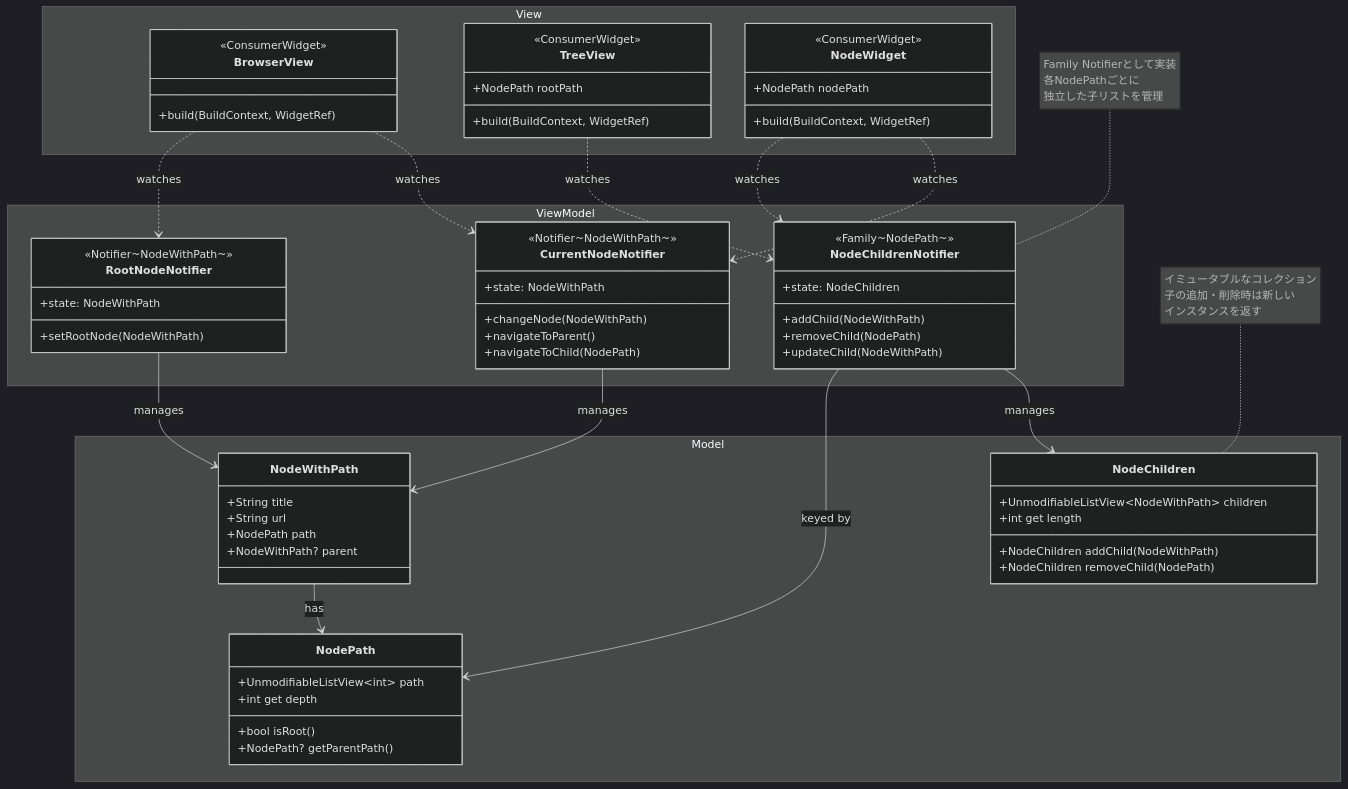
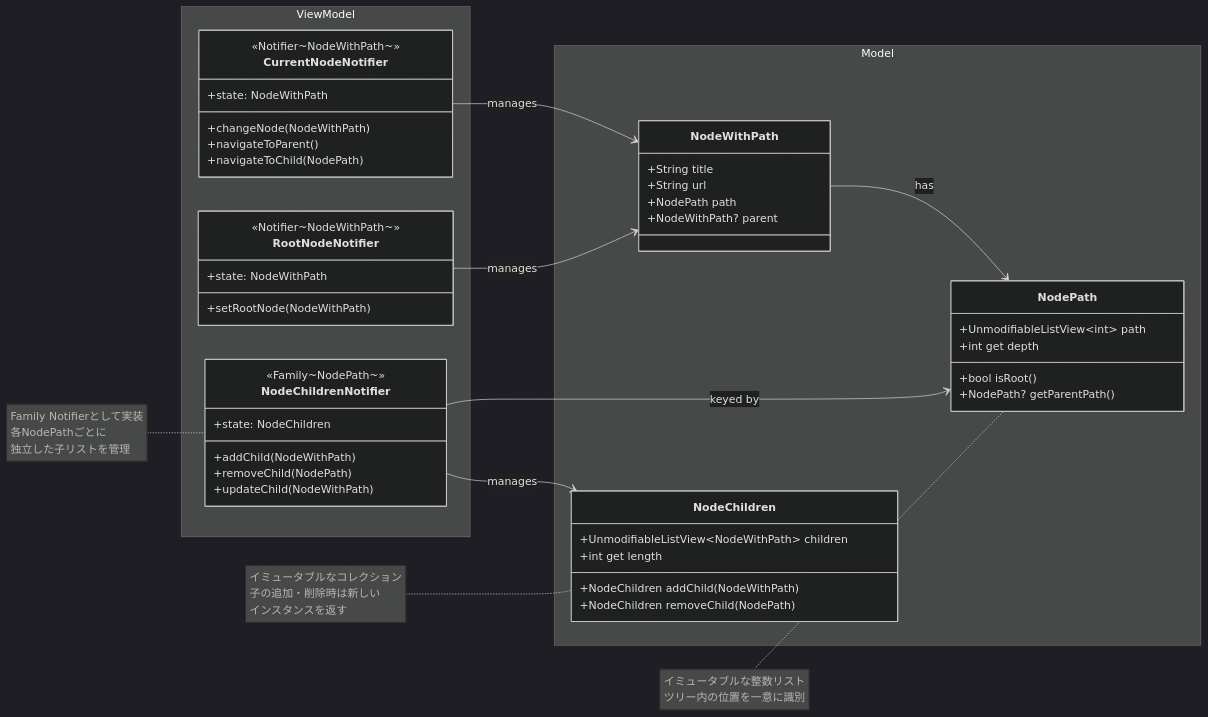
Before and after one commit to Yasahiro-021/2025-app-sideA: the diagram in web_browser/lib/browser/document/browser_view_architecture.md, drawn with Mermaid (dark theme). The commit also changed other lines of this file, not shown here.

Commit message:
refactor: 不要なView層のクラス定義を削除し、アーキテクチャ図を更新

````diff
--- a/web_browser/lib/browser/document/browser_view_architecture.md
+++ b/web_browser/lib/browser/document/browser_view_architecture.md
@@ -24,6 +22,6 @@
 ```mermaid
 classDiagram
-    direction TB
+    direction LR
 
     %% Model層の定義
     namespace Model {
@@ -74,25 +72,6 @@
         }
     }
 
-    %% View層の定義
-    namespace View {
-        class BrowserView {
-            <<ConsumerWidget>>
-            +build(BuildContext, WidgetRef)
-        }
-
-        class TreeView {
-            <<ConsumerWidget>>
-            +NodePath rootPath
-            +build(BuildContext, WidgetRef)
-        }
-
-        class NodeWidget {
-            <<ConsumerWidget>>
-            +NodePath nodePath
-            +build(BuildContext, WidgetRef)
-        }
-    }
 
     %% Model層の関連
     NodeWithPath --> NodePath : has
@@ -103,17 +82,13 @@
     NodeChildrenNotifier --> NodeChildren : manages
     NodeChildrenNotifier --> NodePath : keyed by
 
-    %% View - ViewModel の関連
-    BrowserView ..> CurrentNodeNotifier : watches
-    BrowserView ..> RootNodeNotifier : watches
-    TreeView ..> NodeChildrenNotifier : watches
-    NodeWidget ..> CurrentNodeNotifier : watches
-    NodeWidget ..> NodeChildrenNotifier : watches
-
     %% 凡例用のノート
     note for NodeChildren "イミュータブルなコレクション
         子の追加・削除時は新しい
         インスタンスを返す"
+
+    note for NodePath "イミュータブルな整数リスト
+        ツリー内の位置を一意に識別"
 
     note for NodeChildrenNotifier "Family Notifierとして実装
         各NodePathごとに
````
